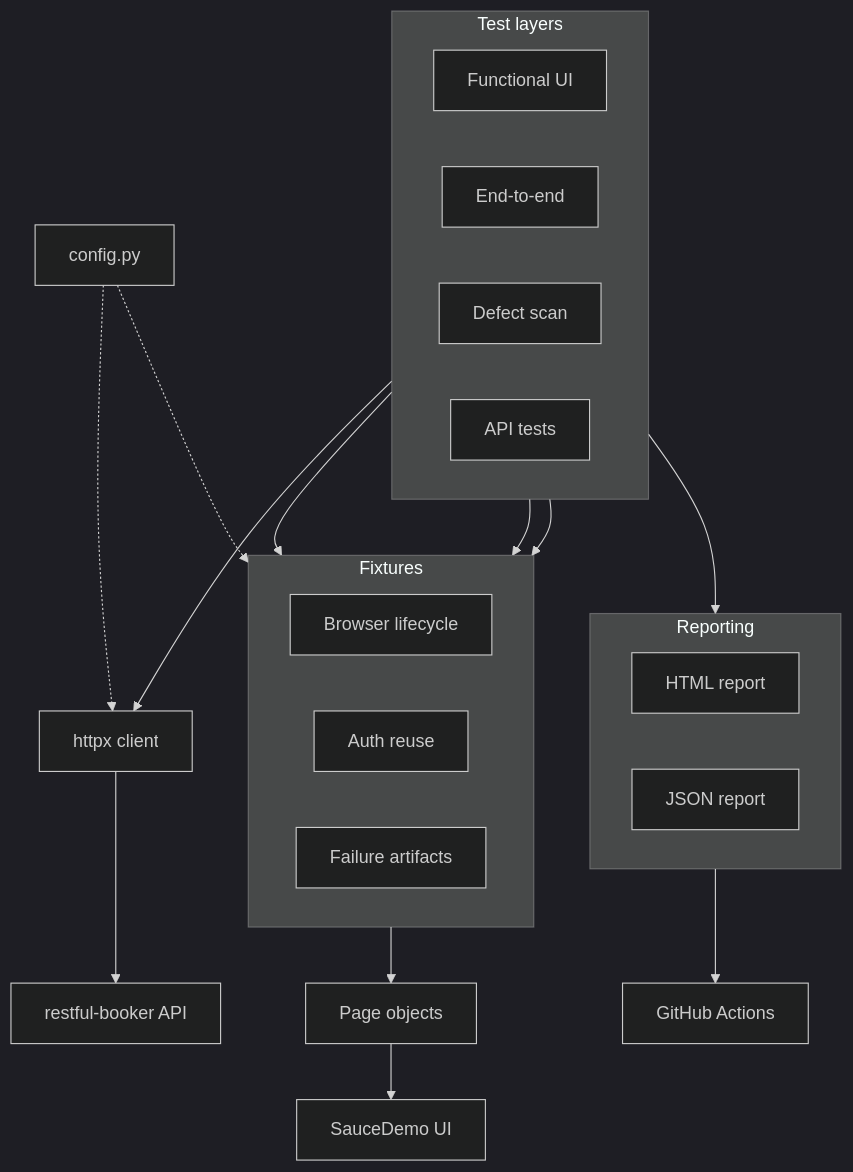
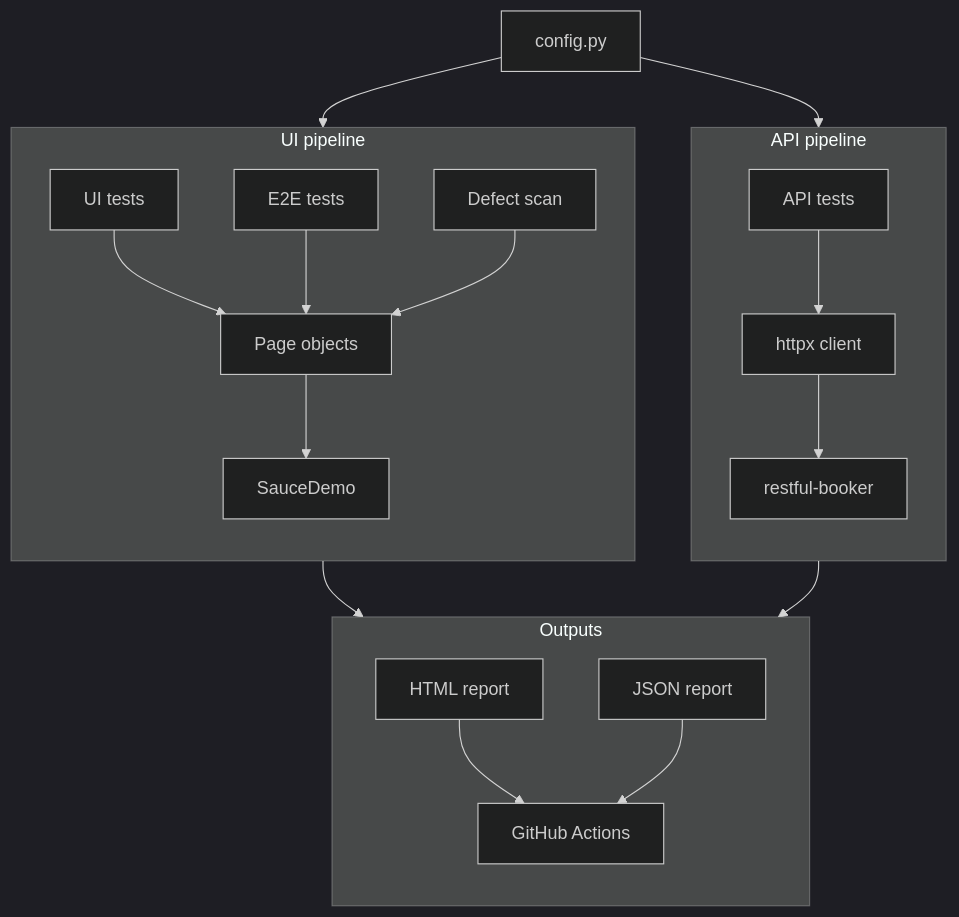
One commit to TheodorGit/playwright-test-framework changed the diagram in README.md. Above: the diagram before and after it, drawn with Mermaid (dark theme).

Commit message:
docs: restructure architecture diagram into two pipelines plus outputs
Three separated subgraphs (UI pipeline, API pipeline, Outputs) with
config.py feeding each pipeline once. No crossing edges, no dotted
lines to inner nodes. Adds a sentence above the diagram explaining
the two-target setup, since SauceDemo exposes no public API

````diff
--- a/README.md
+++ b/README.md
@@ -30,43 +32,40 @@
 ```mermaid
 flowchart TB
-    subgraph TESTS["Test layers"]
-        direction LR
-        FUNC["Functional UI"]
-        E2E["End-to-end"]
+    CONFIG["config.py"]
+
+    subgraph UIP["UI pipeline"]
+        direction TB
+        FUNC["UI tests"]
+        E2E["E2E tests"]
         DEF["Defect scan"]
-        API["API tests"]
+        POM["Page objects"]
+        SD["SauceDemo"]
+        FUNC --> POM
+        E2E --> POM
+        DEF --> POM
+        POM --> SD
     end
 
-    subgraph FIX["Fixtures"]
-        direction LR
-        BROWSER["Browser lifecycle"]
-        AUTH["Auth reuse"]
-        FAIL["Failure artifacts"]
+    subgraph APIP["API pipeline"]
+        direction TB
+        APIT["API tests"]
+        HTTPX["httpx client"]
+        RB["restful-booker"]
+        APIT --> HTTPX
+        HTTPX --> RB
     end
 
-    CONFIG["config.py"]
-    POM["Page objects"]
-    HTTPX["httpx client"]
-    UI["SauceDemo UI"]
-    RB["restful-booker API"]
-
-    subgraph OUT["Reporting"]
-        direction LR
+    subgraph OUTS["Outputs"]
+        direction TB
         HTML["HTML report"]
         JSON["JSON report"]
+        CI["GitHub Actions"]
+        HTML --> CI
+        JSON --> CI
     end
 
-    CI["GitHub Actions"]
-
-    FUNC --> FIX
-    E2E --> FIX
-    DEF --> FIX
-    API --> HTTPX
-    CONFIG -.-> FIX
-    CONFIG -.-> HTTPX
-    FIX --> POM
-    POM --> UI
-    HTTPX --> RB
-    TESTS --> OUT
-    OUT --> CI
+    CONFIG --> UIP
+    CONFIG --> APIP
+    UIP --> OUTS
+    APIP --> OUTS
 ```
````
